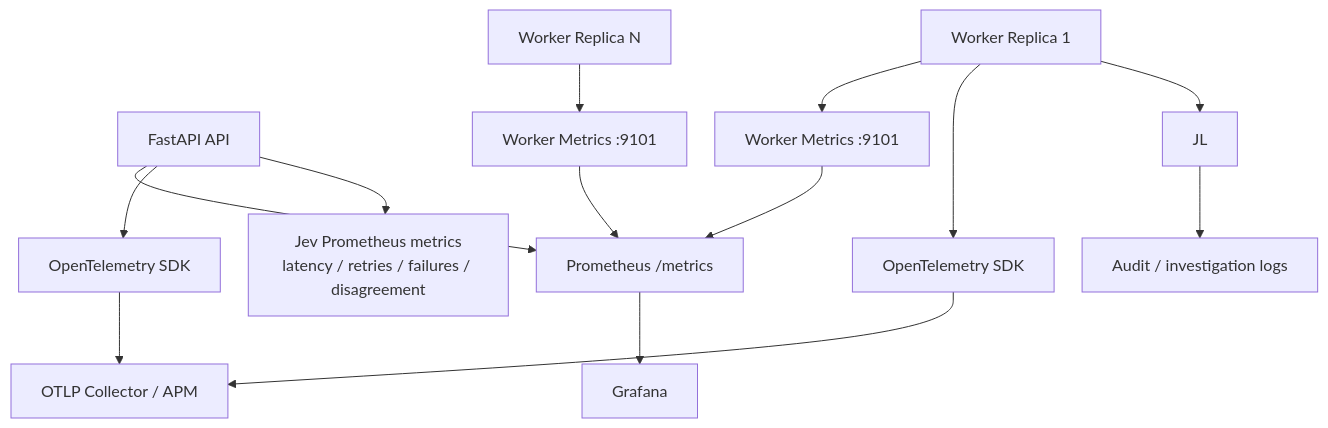
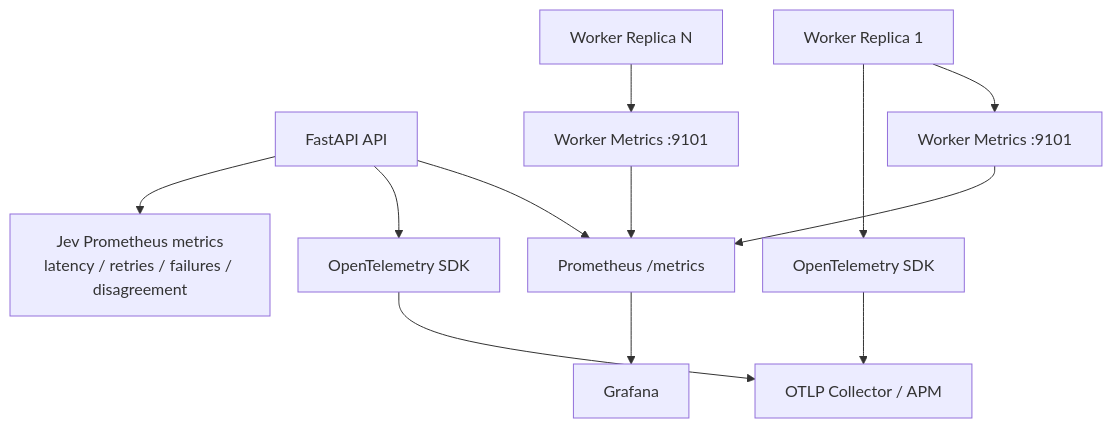
Before and after one commit to Dikshu015/RazorRisk-Agentic-AI-Payment-Fraud-Risk-Investigation-Platform: the diagram in docs/diagrams/observability.mmd, drawn with Mermaid.

Commit message:
Fix stale Jev observability diagram node

```diff
--- a/docs/diagrams/observability.mmd
+++ b/docs/diagrams/observability.mmd
@@ -1,15 +1,13 @@
 %%{init: {'flowchart': {'nodeSpacing': 28, 'rankSpacing': 48}}}%%
 flowchart TB
     API[FastAPI API] --> PM[Prometheus /metrics]
     W1[Worker Replica 1] --> PW1[Worker Metrics :9101]
     WN[Worker Replica N] --> PWN[Worker Metrics :9101]
     PW1 --> PM
     PWN --> PM
     API --> OT[OpenTelemetry SDK]
     W1 --> OTW[OpenTelemetry SDK]
     API --> JV[Jev Prometheus metrics<br/>latency / retries / failures / disagreement]
-    W1 --> JL
     OT --> COL[OTLP Collector / APM]
     OTW --> COL
     PM --> G[Grafana]
-    JL --> AUD[Audit / investigation logs]
```
